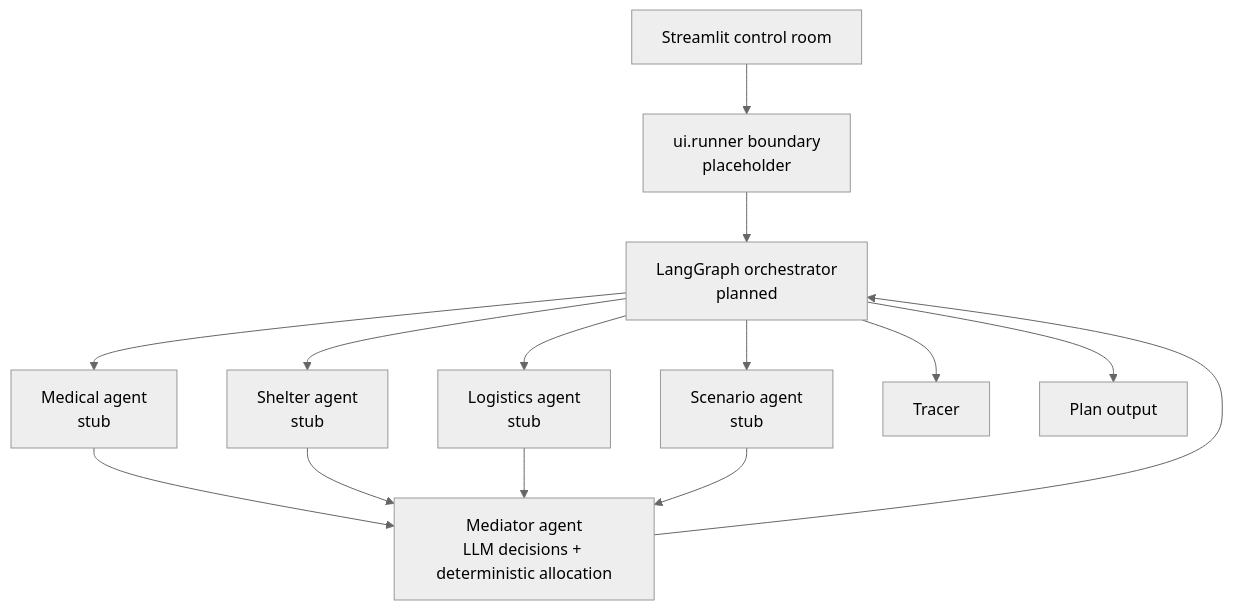
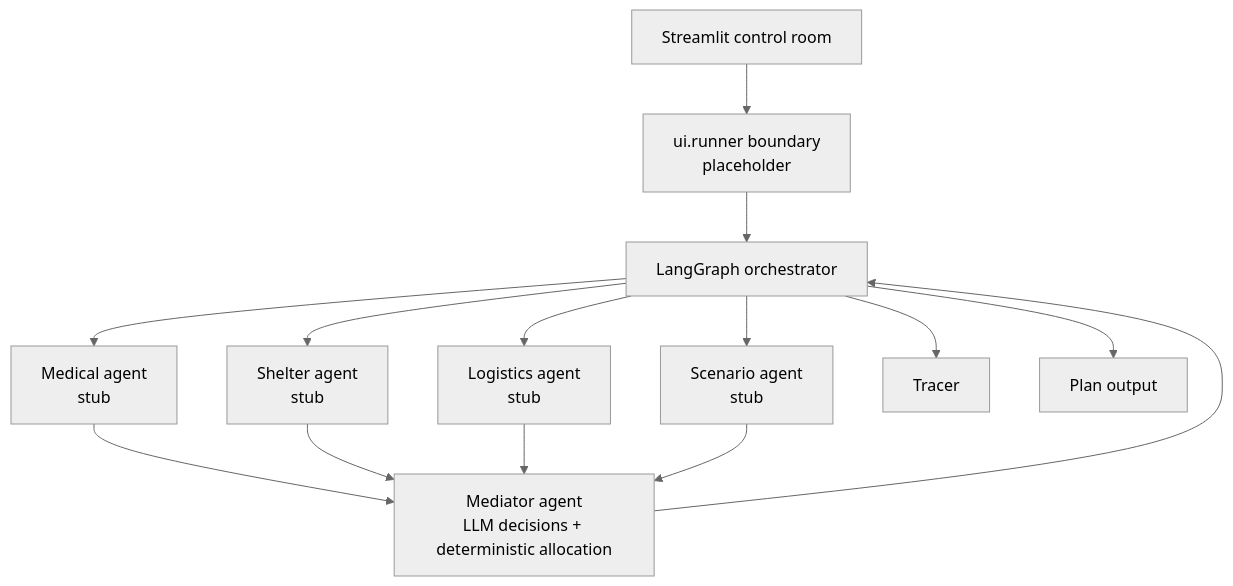
One commit to Sreenair-1/Disaster_Relief_Resource_Negotiator changed the first of 2 diagrams in docs/DESIGN.md. Above: the diagram before and after it, drawn with Mermaid (neutral theme). The commit also changed other lines of this file and 6 other files, not shown here.

````diff
--- a/docs/DESIGN.md
+++ b/docs/DESIGN.md
@@ -5,16 +5,16 @@
 ```mermaid
 flowchart TD
   UI[Streamlit control room] --> R[ui.runner boundary<br/>placeholder]
-  R --> G[LangGraph orchestrator<br/>planned]
+  R --> G[LangGraph orchestrator]
   G --> S[Scenario agent<br/>stub]
   G --> M[Medical agent<br/>stub]
   G --> H[Shelter agent<br/>stub]
   G --> L[Logistics agent<br/>stub]
   M --> X[Mediator agent<br/>LLM decisions + deterministic allocation]
   H --> X
   L --> X
   S --> X
   X --> G
   G --> T[Tracer]
   G --> O[Plan output]
 ```
````
